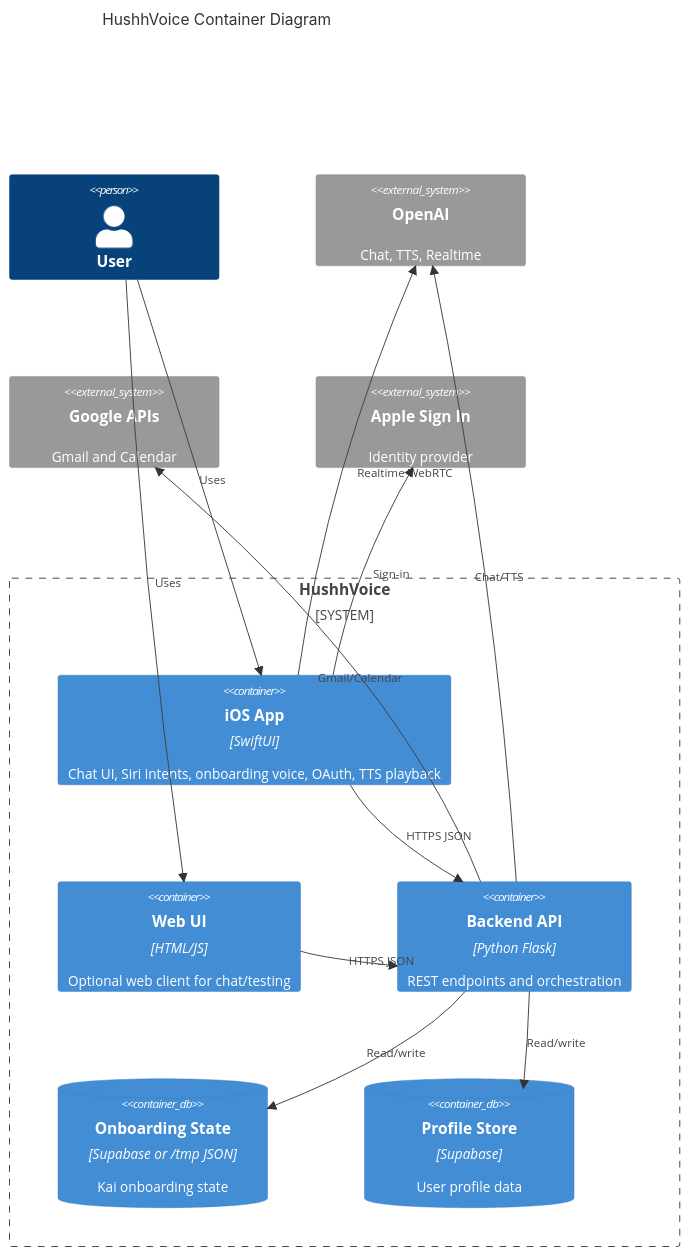
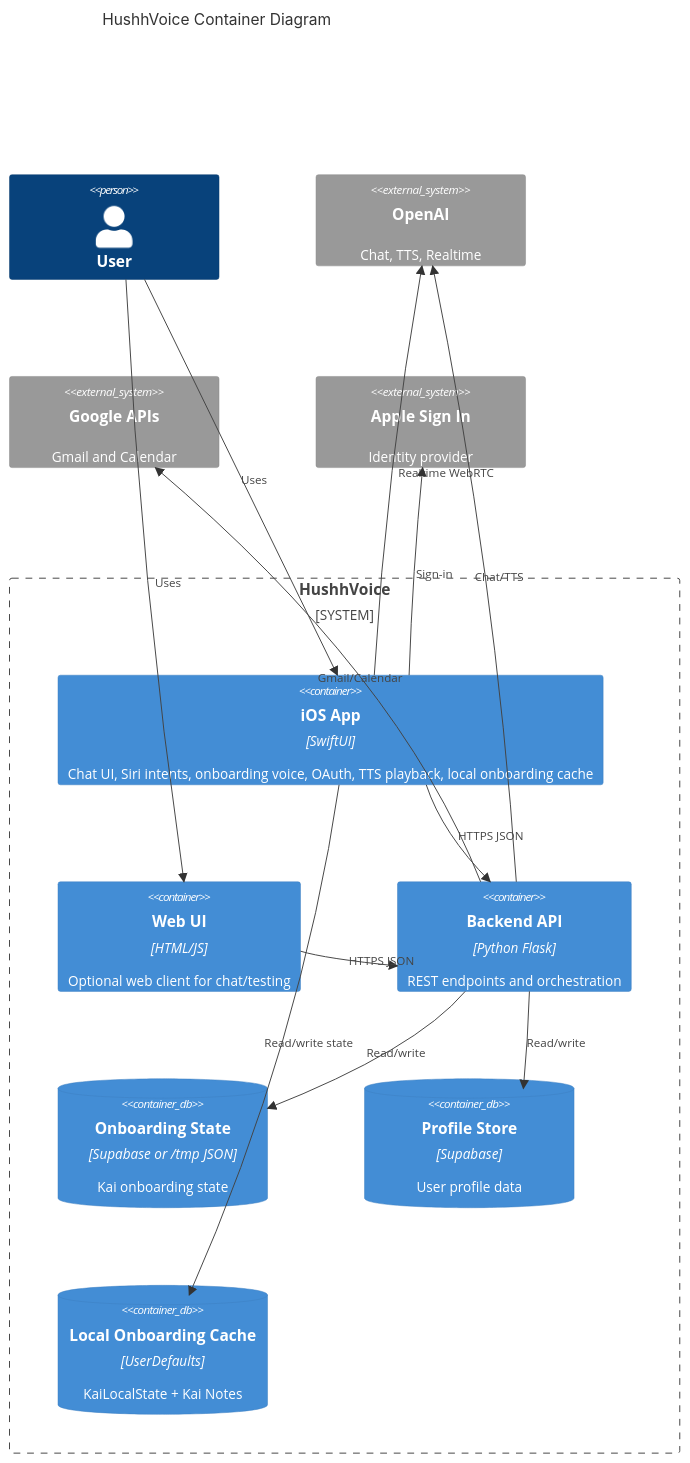
The second of 8 diagrams in architecture.md (RGlodAkshat/HushhVoice), drawn with Mermaid before and after one commit. The commit also changed other lines of this file, not shown here.

Commit message:
Updated the architecture of HushhVoice

````diff
--- a/architecture.md
+++ b/architecture.md
@@ -109,29 +141,31 @@
 ```mermaid
 C4Container
 title HushhVoice Container Diagram
 
 Person(user, "User")
 
 System_Boundary(hv, "HushhVoice") {
-  Container(ios, "iOS App", "SwiftUI", "Chat UI, Siri intents, onboarding voice, OAuth, TTS playback")
+  Container(ios, "iOS App", "SwiftUI", "Chat UI, Siri intents, onboarding voice, OAuth, TTS playback, local onboarding cache")
   Container(web, "Web UI", "HTML/JS", "Optional web client for chat/testing")
   Container(api, "Backend API", "Python Flask", "REST endpoints and orchestration")
   ContainerDb(state, "Onboarding State", "Supabase or /tmp JSON", "Kai onboarding state")
   ContainerDb(profile, "Profile Store", "Supabase", "User profile data")
+  ContainerDb(local, "Local Onboarding Cache", "UserDefaults", "KaiLocalState + Kai Notes")
 }
 
 System_Ext(openai, "OpenAI", "Chat, TTS, Realtime")
 System_Ext(google, "Google APIs", "Gmail and Calendar")
 System_Ext(apple, "Apple Sign In", "Identity provider")
 
 Rel(user, ios, "Uses")
 Rel(user, web, "Uses")
 Rel(ios, api, "HTTPS JSON")
 Rel(web, api, "HTTPS JSON")
+Rel(ios, local, "Read/write state")
 Rel(api, state, "Read/write")
 Rel(api, profile, "Read/write")
 Rel(api, openai, "Chat/TTS")
 Rel(ios, openai, "Realtime WebRTC")
 Rel(api, google, "Gmail/Calendar")
 Rel(ios, apple, "Sign-in")
 ```
````
